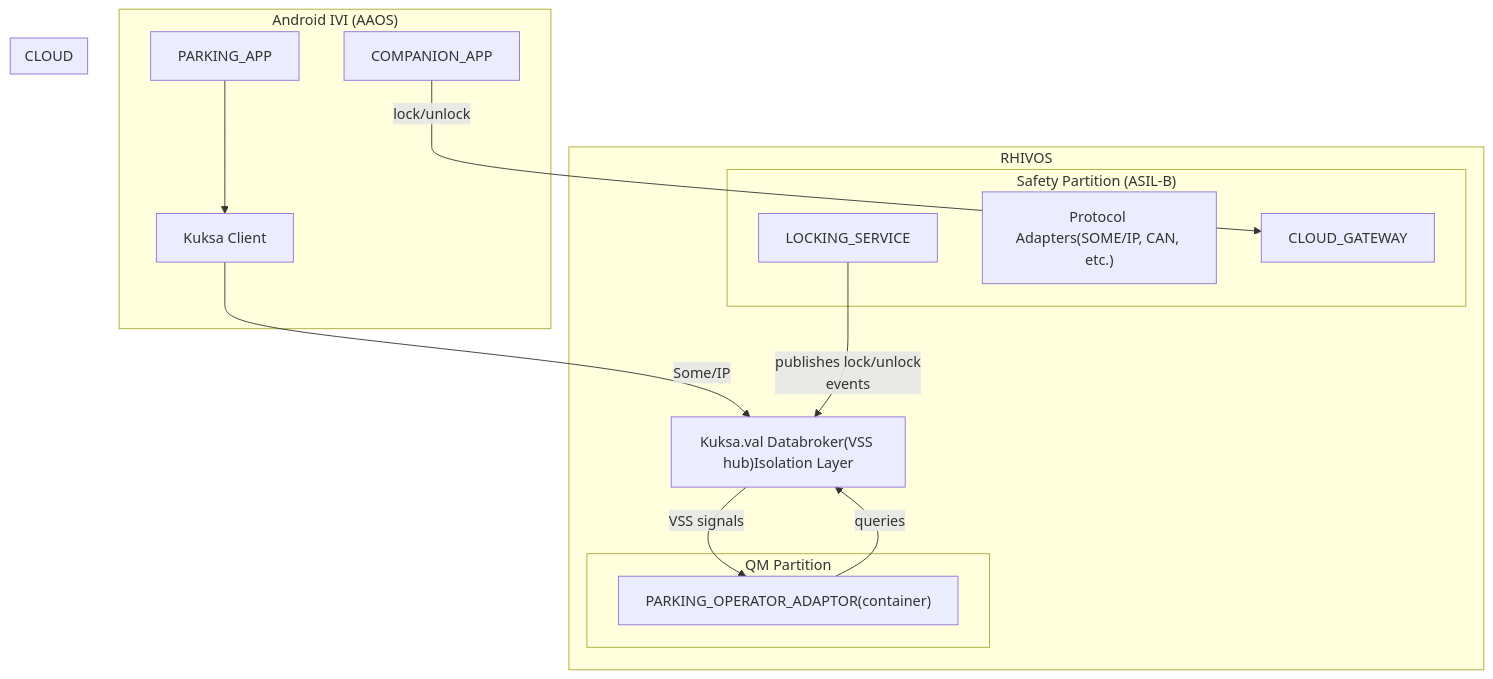
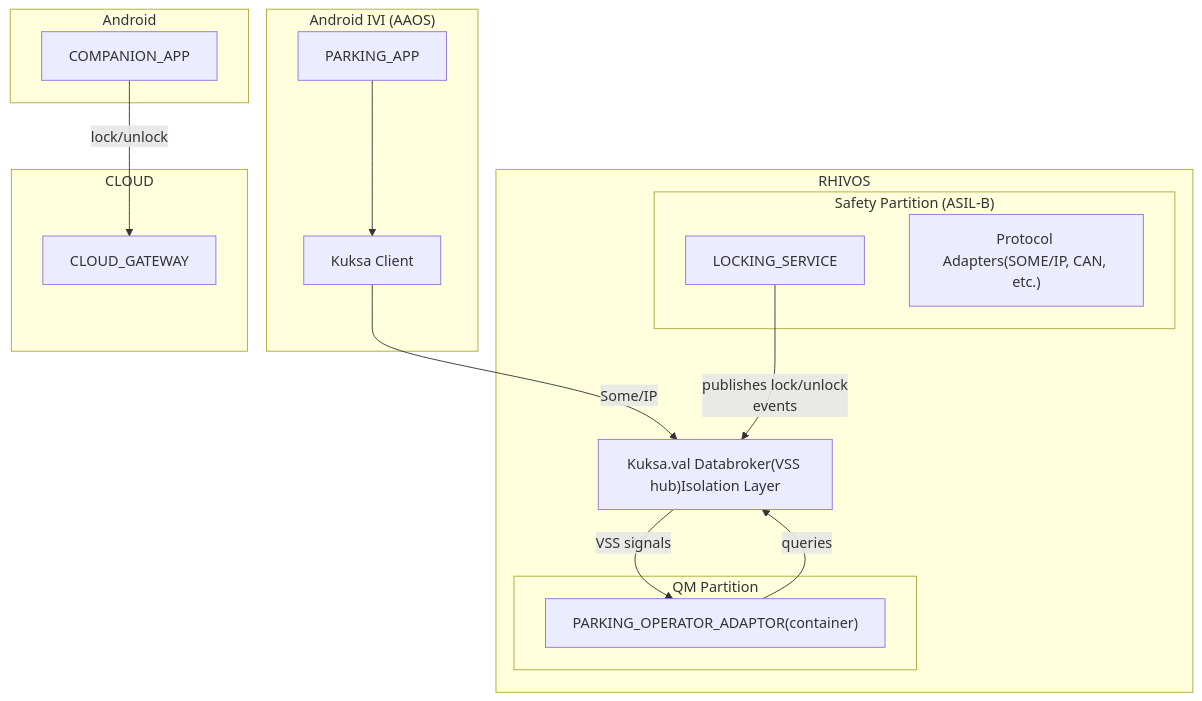
The diagram in prd.md (rhadp/parking-fee-service), drawn with Mermaid before and after one commit.

Commit message:
initial prd.md

````diff
--- a/prd.md
+++ b/prd.md
@@ -91,36 +91,35 @@
 ```mermaid
 flowchart TD
 subgraph Android["Android IVI (AAOS)"]
 	ParkingApp["PARKING_APP"]
 	KuksaClient["Kuksa Client"]
 	ParkingApp --> KuksaClient
 end
 
 subgraph RHIVOS["RHIVOS"]
 	subgraph QM["QM Partition"]
 		Adaptor["PARKING_OPERATOR_ADAPTOR(container)"]
 	end
 	
 	Databroker["Kuksa.val Databroker(VSS hub)Isolation Layer"]
 	
 	subgraph Safety["Safety Partition (ASIL-B)"]
 		LockingService["LOCKING_SERVICE"]
 		ProtocolAdapters["Protocol Adapters(SOME/IP, CAN, etc.)"]
-        CloudGateway["CLOUD_GATEWAY"]
 	end
 end
 
-subgraph Android["Android"]
+subgraph MobileAndroid["Android"]
 	CompanionApp["COMPANION_APP"]
 end
 
 subgraph Cloud["CLOUD"]
     CloudGateway["CLOUD_GATEWAY"]
 end
 
 KuksaClient -->|Some/IP| Databroker
 LockingService -->|publishes lock/unlock<br/>events| Databroker
 Databroker -->|VSS signals| Adaptor
 Adaptor -->|queries| Databroker
 CompanionApp --> |lock/unlock| CloudGateway
 ```
````
